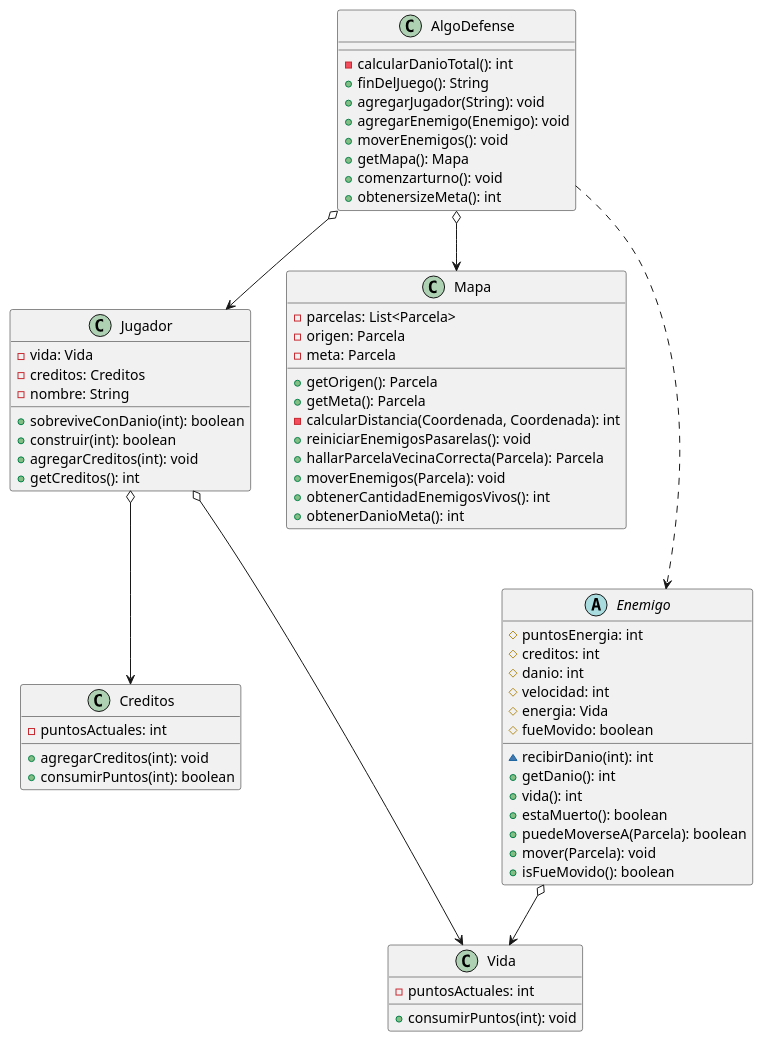
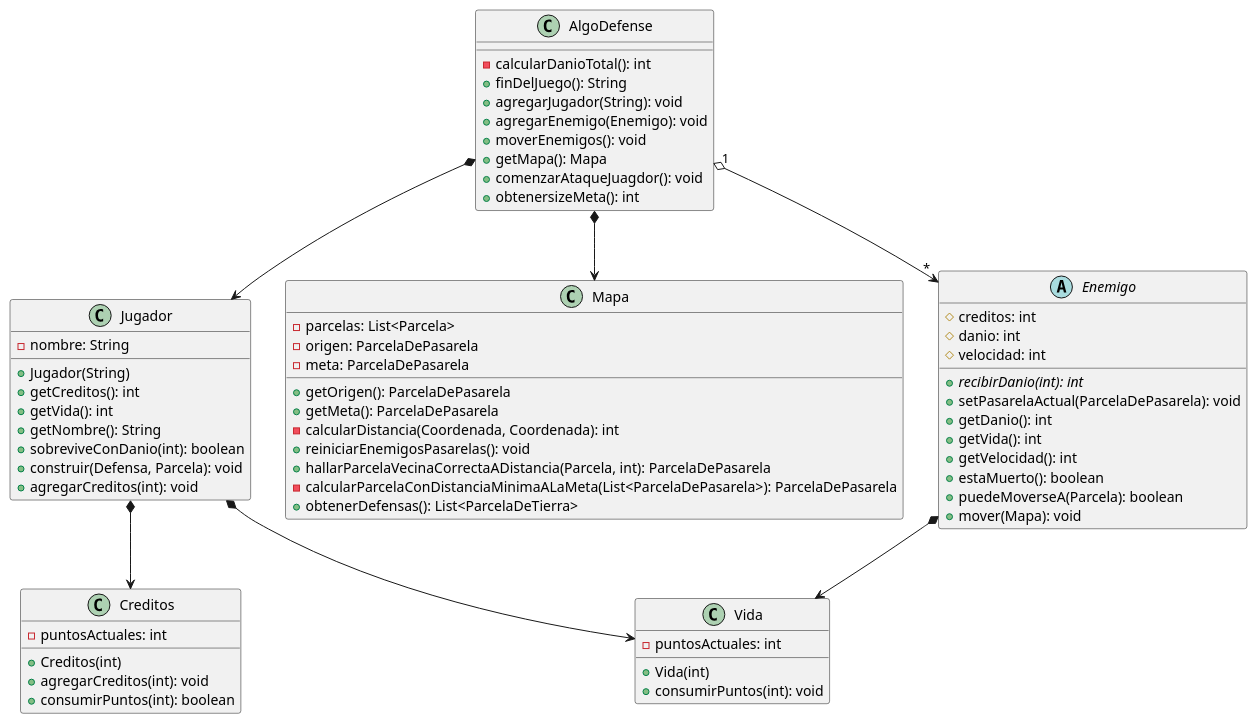
The diagram in diagrams/classes/AlgoDefense.plantuml (juanignaciogiacobbe/AlgoDefense_TP2), drawn with PlantUML before and after one commit. The commit also changed 3 other files, not shown here.

Commit message:
actualizo diag aldofense, refactorizo funcion mover en enemigo

```diff
--- a/diagrams/classes/AlgoDefense.plantuml
+++ b/diagrams/classes/AlgoDefense.plantuml
@@ -1,72 +1,72 @@
 @startuml
-AlgoDefense o--> Jugador
-AlgoDefense o--> Mapa
-AlgoDefense ...> Enemigo
+AlgoDefense *--> Jugador
+AlgoDefense *--> Mapa
+AlgoDefense "1" o--> "*" Enemigo
 
-Jugador o--> Creditos
-Jugador o--> Vida
+Jugador *--> Creditos
+Jugador *--> Vida
 
-Enemigo o--> Vida
+Enemigo *--> Vida
 
 class AlgoDefense {
 
   - calcularDanioTotal(): int
   + finDelJuego(): String
   + agregarJugador(String): void
   + agregarEnemigo(Enemigo): void
   + moverEnemigos(): void
   + getMapa(): Mapa
-  + comenzarturno(): void
+  + comenzarAtaqueJuagdor(): void
   + obtenersizeMeta(): int
 }
 class Mapa {
   - parcelas: List<Parcela>
-  - origen: Parcela
-  - meta: Parcela
+  - origen: ParcelaDePasarela
+  - meta: ParcelaDePasarela
 
-  + getOrigen(): Parcela
-  + getMeta(): Parcela
+  + getOrigen(): ParcelaDePasarela
+  + getMeta(): ParcelaDePasarela
   - calcularDistancia(Coordenada, Coordenada): int
   + reiniciarEnemigosPasarelas(): void
-  + hallarParcelaVecinaCorrecta(Parcela): Parcela
-  + moverEnemigos(Parcela): void
-  + obtenerCantidadEnemigosVivos(): int
-  + obtenerDanioMeta(): int
+  + hallarParcelaVecinaCorrectaADistancia(Parcela, int): ParcelaDePasarela
+  - calcularParcelaConDistanciaMinimaALaMeta(List<ParcelaDePasarela>): ParcelaDePasarela
+  + obtenerDefensas(): List<ParcelaDeTierra>
+
 }
 abstract Enemigo {
-
-  # puntosEnergia: int
   # creditos: int
   # danio: int
   # velocidad: int
-  # energia: Vida
-  # fueMovido: boolean
 
-  ~ recibirDanio(int): int
+  + {abstract} recibirDanio(int): int
+  + setPasarelaActual(ParcelaDePasarela): void
   + getDanio(): int
-  + vida(): int
+  + getVida(): int
+  + getVelocidad(): int
   + estaMuerto(): boolean
   + puedeMoverseA(Parcela): boolean
-  + mover(Parcela): void
-  + isFueMovido(): boolean
+  + mover(Mapa): void
 }
 class Jugador {
-  - vida: Vida
-  - creditos: Creditos
   - nombre: String
 
+  + Jugador(String)
+  + getCreditos(): int
+  + getVida(): int
+  + getNombre(): String
   + sobreviveConDanio(int): boolean
-  + construir(int): boolean
+  + construir(Defensa, Parcela): void
   + agregarCreditos(int): void
-  + getCreditos(): int
 }
 class Vida {
   - puntosActuales: int
+  + Vida(int)
   + consumirPuntos(int): void
 }
 class Creditos {
   - puntosActuales: int
+  + Creditos(int)
   + agregarCreditos(int): void
   + consumirPuntos(int): boolean
 }
 @enduml
```
